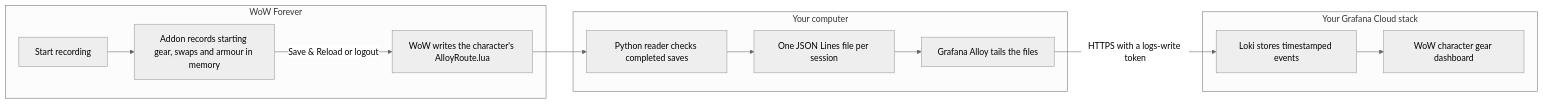
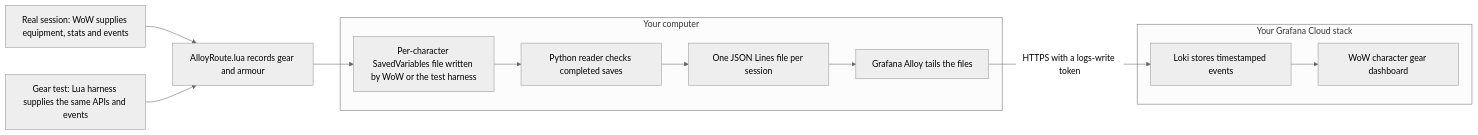
Before and after one commit to grafana/alloy-scenarios: the first of 2 diagrams in wow-character-progression/ARCHITECTURE.md, drawn with Mermaid (neutral theme). The commit also changed other lines of this file, not shown here.

Commit message:
Show real and synthetic gear entering the same recording pipeline

````diff
--- a/wow-character-progression/ARCHITECTURE.md
+++ b/wow-character-progression/ARCHITECTURE.md
@@ -5,16 +5,15 @@
 ```mermaid
 flowchart LR
-    subgraph Game["WoW Forever"]
-      A["Start recording"] --> B["Addon records starting gear, swaps and armour in memory"]
-      B -->|Save & Reload or logout| C["WoW writes the character's AlloyRoute.lua"]
-    end
+    W["Real session: WoW supplies equipment, stats and events"] --> A["AlloyRoute.lua records gear and armour"]
+    X["Gear test: Lua harness supplies the same APIs and events"] --> A
+    A --> C["Per-character SavedVariables file written by WoW or the test harness"]
     subgraph Computer["Your computer"]
       C --> D["Python reader checks completed saves"]
       D --> E["One JSON Lines file per session"]
       E --> F["Grafana Alloy tails the files"]
     end
     subgraph Cloud["Your Grafana Cloud stack"]
       F -->|HTTPS with a logs-write token| G["Loki stores timestamped events"]
       G --> H["WoW character gear dashboard"]
     end
 ```
````
